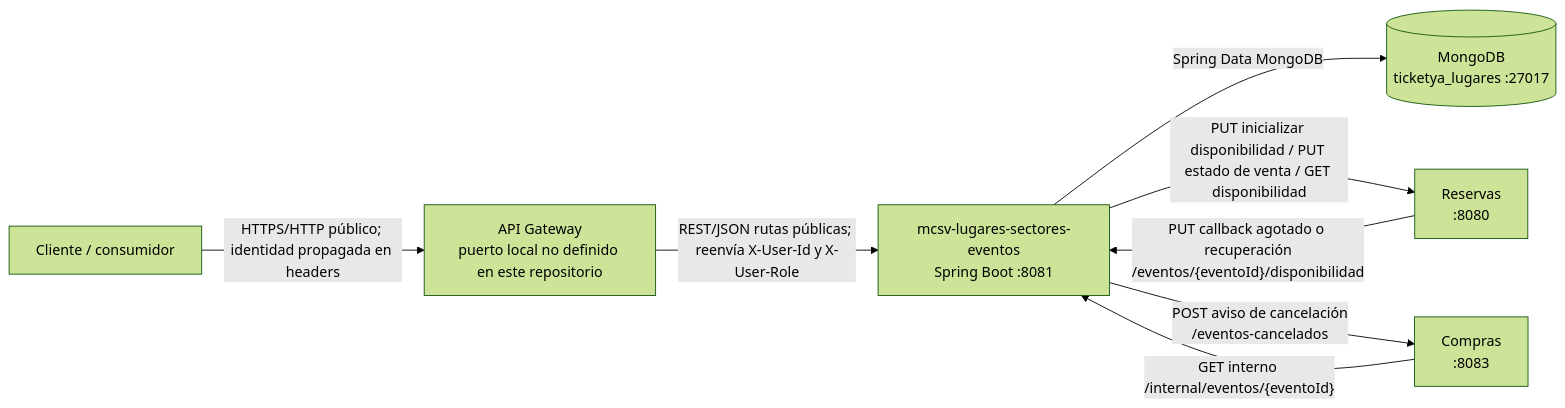
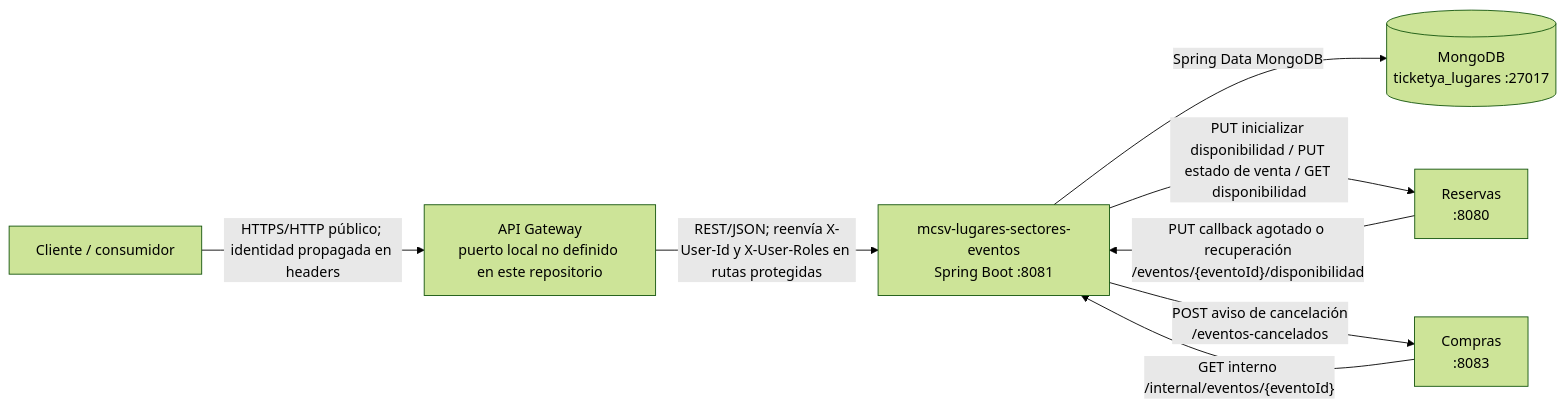
Before and after one commit to mailenramos/Trabajo-Practico-Especial: the first of 4 diagrams in Backend/mcsv-lugares-sectores-eventos/docs/diseno.md, drawn with Mermaid (forest theme). The commit also changed other lines of this file and 30 other files, not shown here.

````diff
--- a/Backend/mcsv-lugares-sectores-eventos/docs/diseno.md
+++ b/Backend/mcsv-lugares-sectores-eventos/docs/diseno.md
@@ -19,17 +19,17 @@
 ```mermaid
 flowchart LR
     U[Cliente / consumidor]
     GW["API Gateway<br/>puerto local no definido en este repositorio"]
     GL["mcsv-lugares-sectores-eventos<br/>Spring Boot :8081"]
     DB[("MongoDB<br/>ticketya_lugares :27017")]
     R["Reservas<br/>:8080"]
     C["Compras<br/>:8083"]
 
     U -->|"HTTPS/HTTP público; identidad propagada en headers"| GW
-    GW -->|"REST/JSON rutas públicas; reenvía X-User-Id y X-User-Role"| GL
+    GW -->|"REST/JSON; reenvía X-User-Id y X-User-Roles en rutas protegidas"| GL
     GL -->|"Spring Data MongoDB"| DB
     GL -->|"PUT inicializar disponibilidad / PUT estado de venta / GET disponibilidad"| R
     R -->|"PUT callback agotado o recuperación<br/>/eventos/{eventoId}/disponibilidad"| GL
     C -->|"GET interno /internal/eventos/{eventoId}"| GL
     GL -->|"POST aviso de cancelación<br/>/eventos-cancelados"| C
 ```
````
